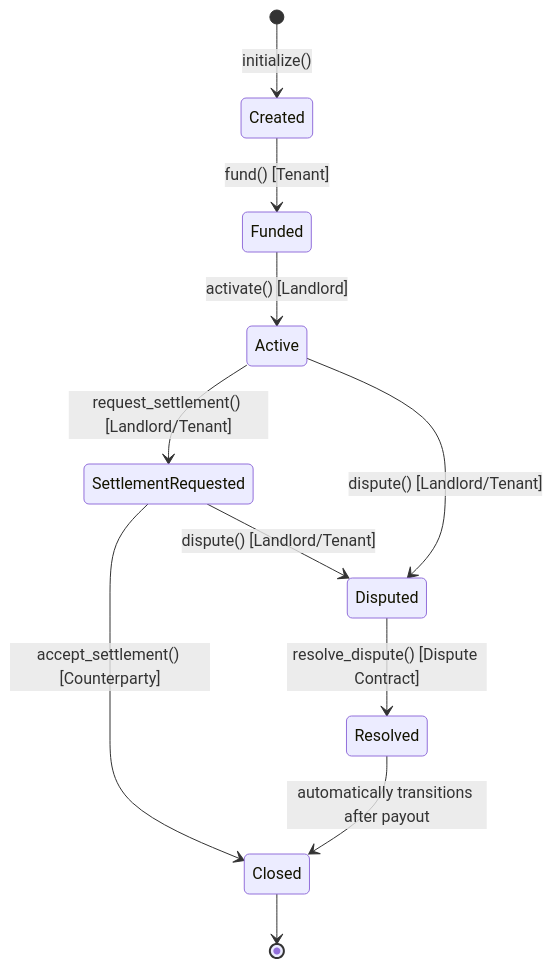
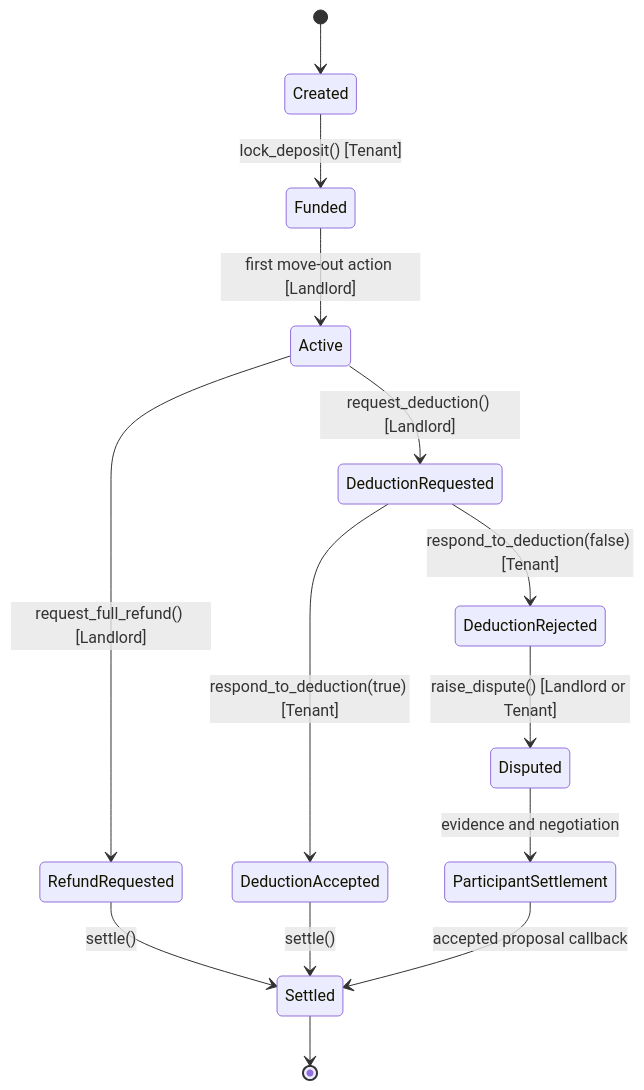
The first of 2 diagrams in docs/CONTRACTS.md (aniCtrl/RentSafe), drawn with Mermaid before and after one commit. The commit also changed other lines of this file and 4 other files, not shown here.

````diff
--- a/docs/CONTRACTS.md
+++ b/docs/CONTRACTS.md
@@ -13,15 +17,16 @@
 ```mermaid
 stateDiagram-v2
-    [*] --> Created : initialize()
-    Created --> Funded : fund() [Tenant]
-    Funded --> Active : activate() [Landlord]
-    Active --> SettlementRequested : request_settlement() [Landlord/Tenant]
-    
-    SettlementRequested --> Closed : accept_settlement() [Counterparty]
-    SettlementRequested --> Disputed : dispute() [Landlord/Tenant]
-    Active --> Disputed : dispute() [Landlord/Tenant]
-    
-    Disputed --> Resolved : resolve_dispute() [Dispute Contract]
-    Resolved --> Closed : automatically transitions after payout
-    Closed --> [*]
+    [*] --> Created
+    Created --> Funded : lock_deposit() [Tenant]
+    Funded --> Active : first move-out action [Landlord]
+    Active --> RefundRequested : request_full_refund() [Landlord]
+    Active --> DeductionRequested : request_deduction() [Landlord]
+    DeductionRequested --> DeductionAccepted : respond_to_deduction(true) [Tenant]
+    DeductionRequested --> DeductionRejected : respond_to_deduction(false) [Tenant]
+    RefundRequested --> Settled : settle()
+    DeductionAccepted --> Settled : settle()
+    DeductionRejected --> Disputed : raise_dispute() [Landlord or Tenant]
+    Disputed --> ParticipantSettlement : evidence and negotiation
+    ParticipantSettlement --> Settled : accepted proposal callback
+    Settled --> [*]
 ```
````
